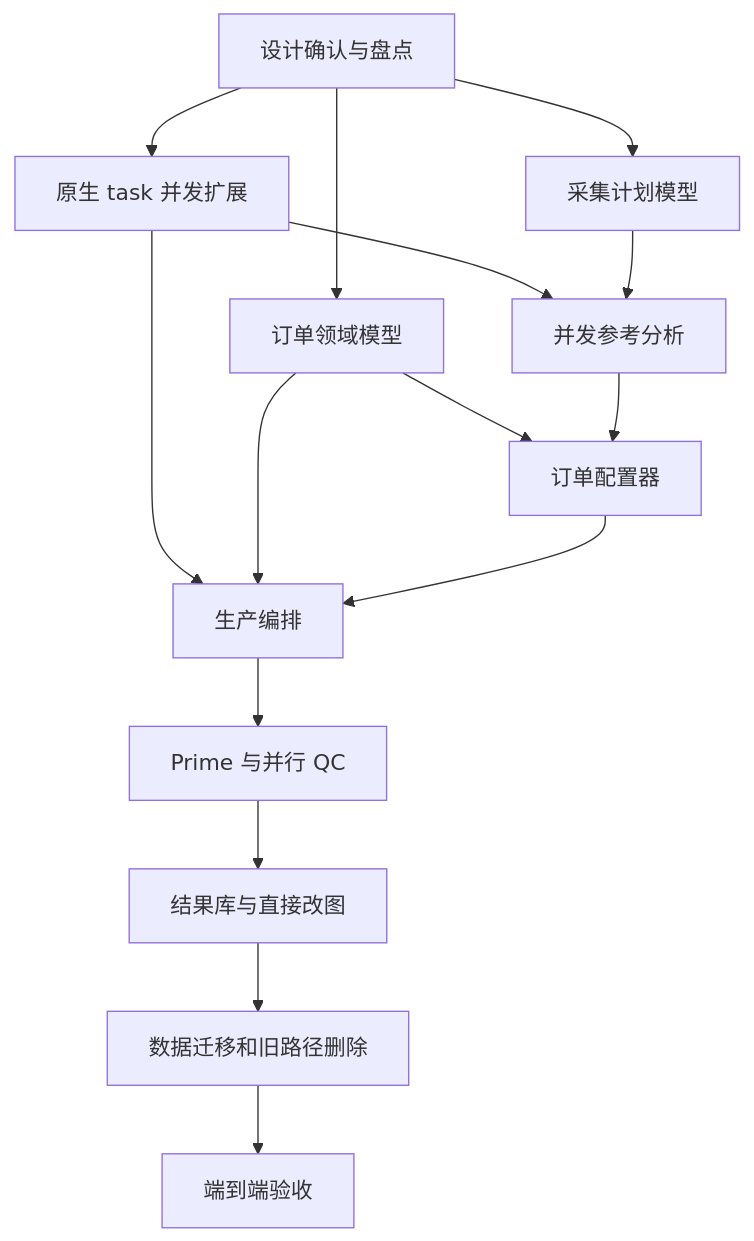
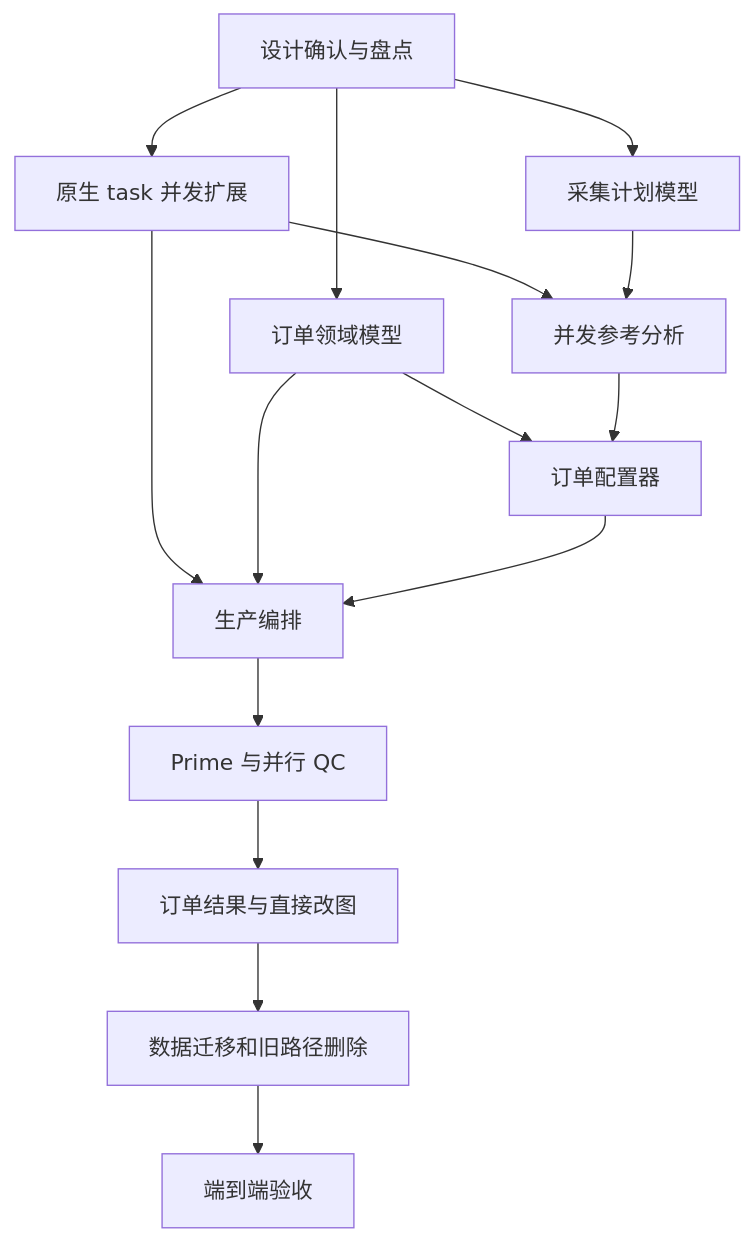
One commit to quboqin/multica changed the third of 3 diagrams in docs/creative-platform-operating-model.md. Above: the diagram before and after it, drawn with Mermaid. The commit also changed other lines of this file and 190 other files, not shown here.

````diff
--- a/docs/creative-platform-operating-model.md
+++ b/docs/creative-platform-operating-model.md
@@ -885,17 +908,17 @@
 ```mermaid
 flowchart TD
     A[设计确认与盘点] --> B[原生 task 并发扩展]
     A --> C[订单领域模型]
     A --> D[采集计划模型]
     B --> E[并发参考分析]
     D --> E
     C --> F[订单配置器]
     B --> G[生产编排]
     C --> G
     E --> F
     F --> G
     G --> H[Prime 与并行 QC]
-    H --> I[结果库与直接改图]
+    H --> I[订单结果与直接改图]
     I --> J[数据迁移和旧路径删除]
     J --> K[端到端验收]
 ```
````
